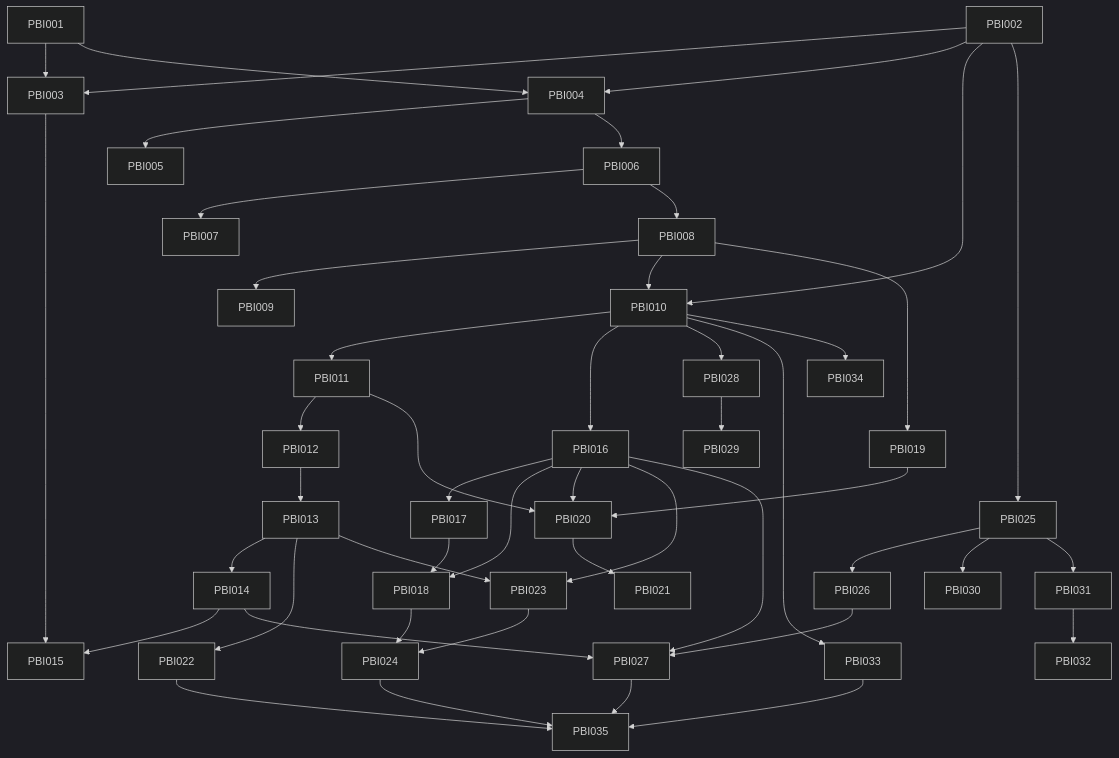
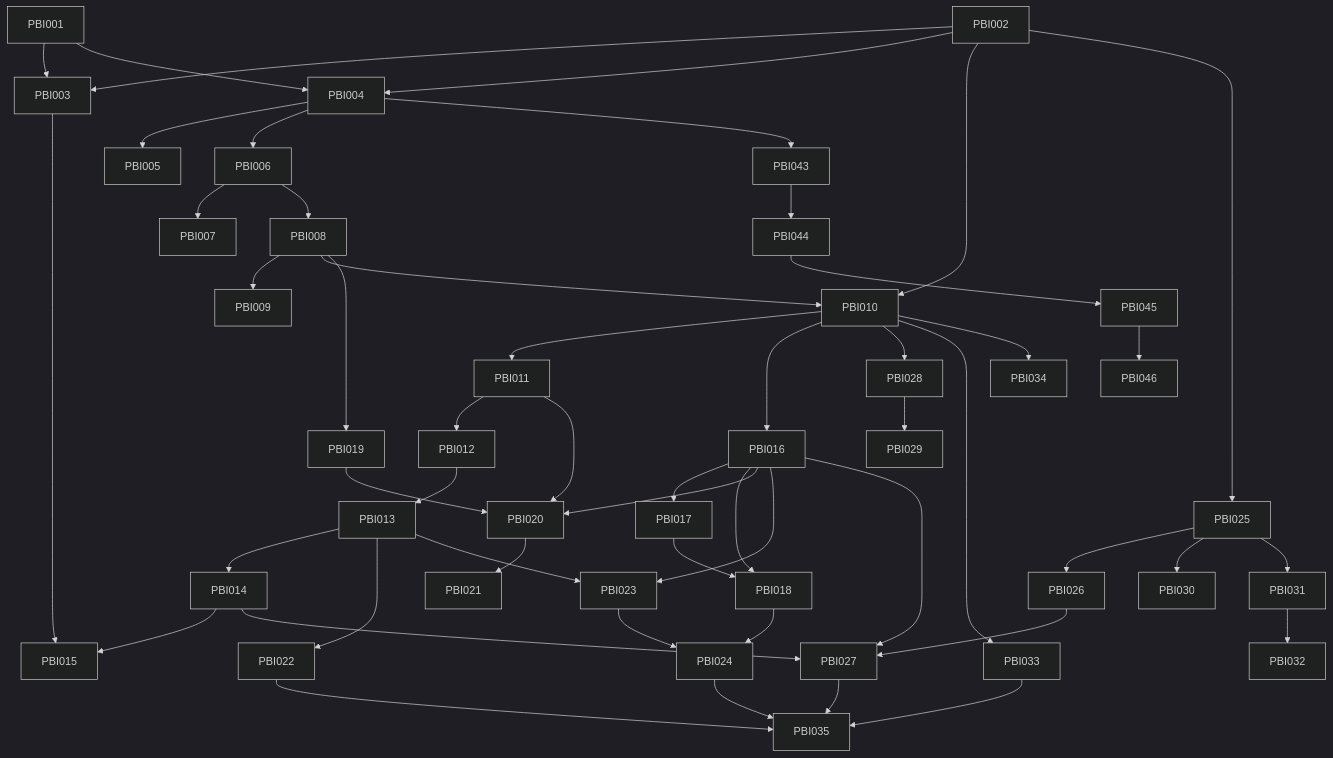
One commit to kcbdev/SWE-DRIP changed the diagram in plans/README.md. Above: the diagram before and after it, drawn with Mermaid (dark theme). The commit also changed other lines of this file and 5 other files, not shown here.

````diff
--- a/plans/README.md
+++ b/plans/README.md
@@ -114,34 +119,35 @@
 ```mermaid
 graph TD
   PBI001 --> PBI003
   PBI002 --> PBI003
   PBI001 --> PBI004
   PBI002 --> PBI004
   PBI004 --> PBI005
   PBI004 --> PBI006 --> PBI007
   PBI006 --> PBI008 --> PBI009
   PBI002 --> PBI010
   PBI008 --> PBI010 --> PBI011 --> PBI012 --> PBI013 --> PBI014 --> PBI015
   PBI003 --> PBI015
   PBI010 --> PBI016 --> PBI017
   PBI016 --> PBI018
   PBI017 --> PBI018
   PBI008 --> PBI019 --> PBI020 --> PBI021
   PBI016 --> PBI020
   PBI011 --> PBI020
   PBI013 --> PBI022
   PBI016 --> PBI023 --> PBI024
   PBI013 --> PBI023
   PBI018 --> PBI024
   PBI002 --> PBI025 --> PBI026 --> PBI027
   PBI014 --> PBI027
   PBI016 --> PBI027
   PBI010 --> PBI028 --> PBI029
   PBI025 --> PBI030
   PBI025 --> PBI031 --> PBI032
   PBI010 --> PBI033 --> PBI035
   PBI022 --> PBI035
   PBI027 --> PBI035
   PBI024 --> PBI035
   PBI010 --> PBI034
+  PBI004 --> PBI043 --> PBI044 --> PBI045 --> PBI046
 ```
````
